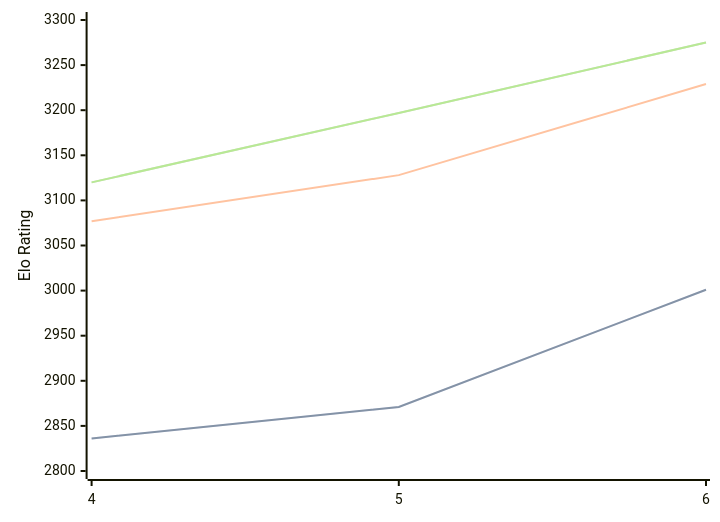
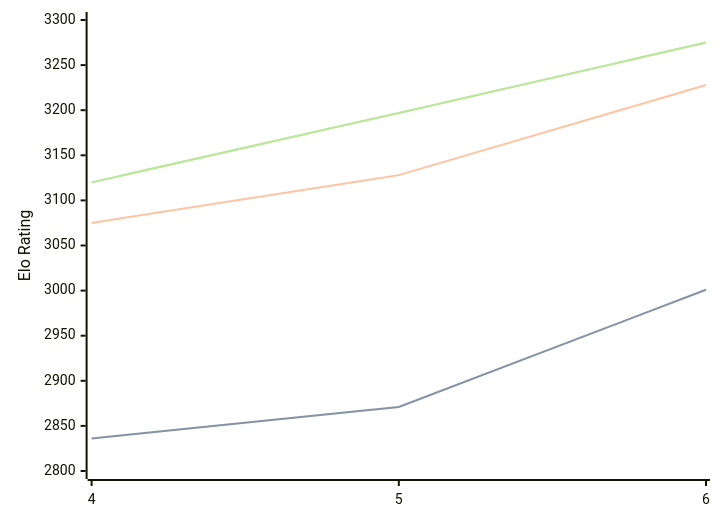
The diagram in engines/Cwtch.md (computer-chess-index/cci), drawn with Mermaid before and after one commit. The commit also changed other lines of this file, not shown here.

````diff
--- a/engines/Cwtch.md
+++ b/engines/Cwtch.md
@@ -34,11 +34,11 @@
 ```mermaid
 %%{init: {"theme":"base","themeVariables":{"seriesColors:['#a3a3a3','#222221','#faa371']}}}%%
 xychart-beta
   x-axis ["4", "5", "6"]
   y-axis "Elo Rating" 2800 --> 3300
   line "STC (8.0+0.08s)" [2836, 2871, 3001]
   line "STC (8.0+0.08s)" [2836, 2871, 3001]
-  line "LTC (60.0+0.60s)" [3077, 3128, 3229]
+  line "LTC (60.0+0.60s)" [3075, 3128, 3228]
   line "VLTC (2m24s+1.12s)" [3120, 3197, 3275]
   line "VLTC (2m24s+1.12s)" [3120, 3197, 3275]
 ```
````
